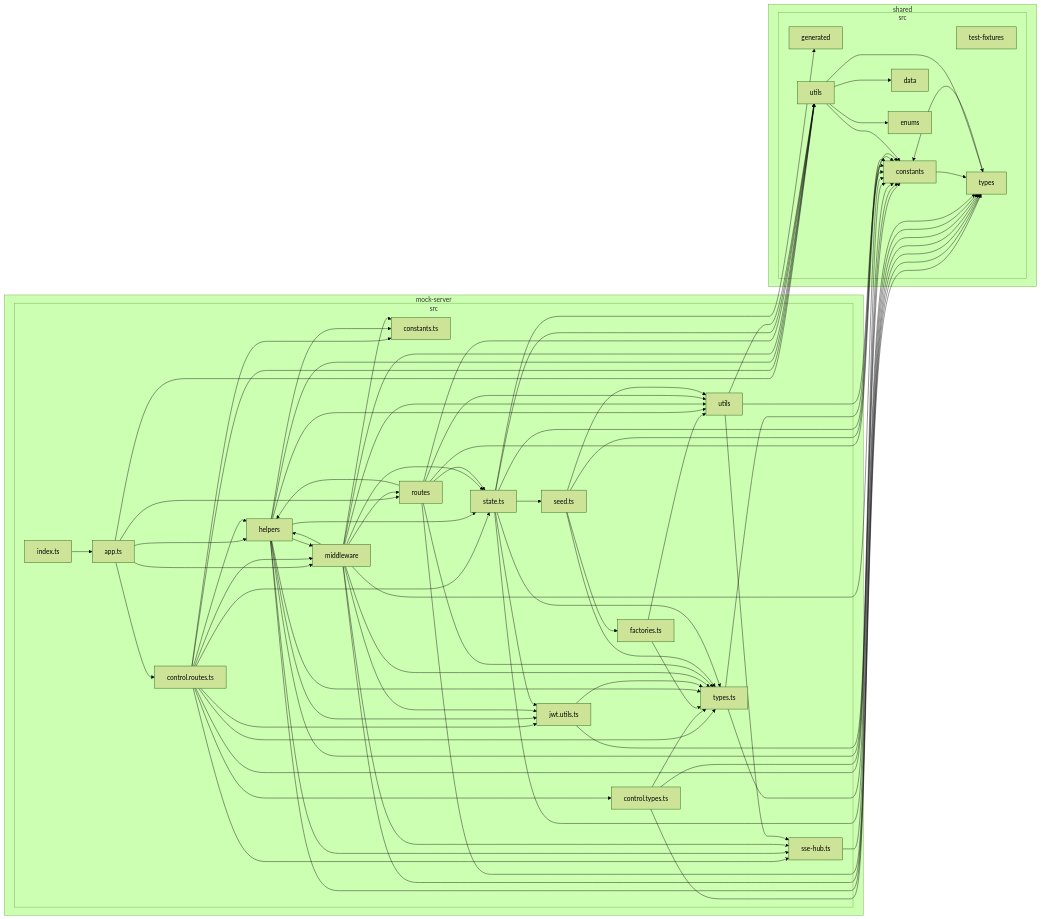
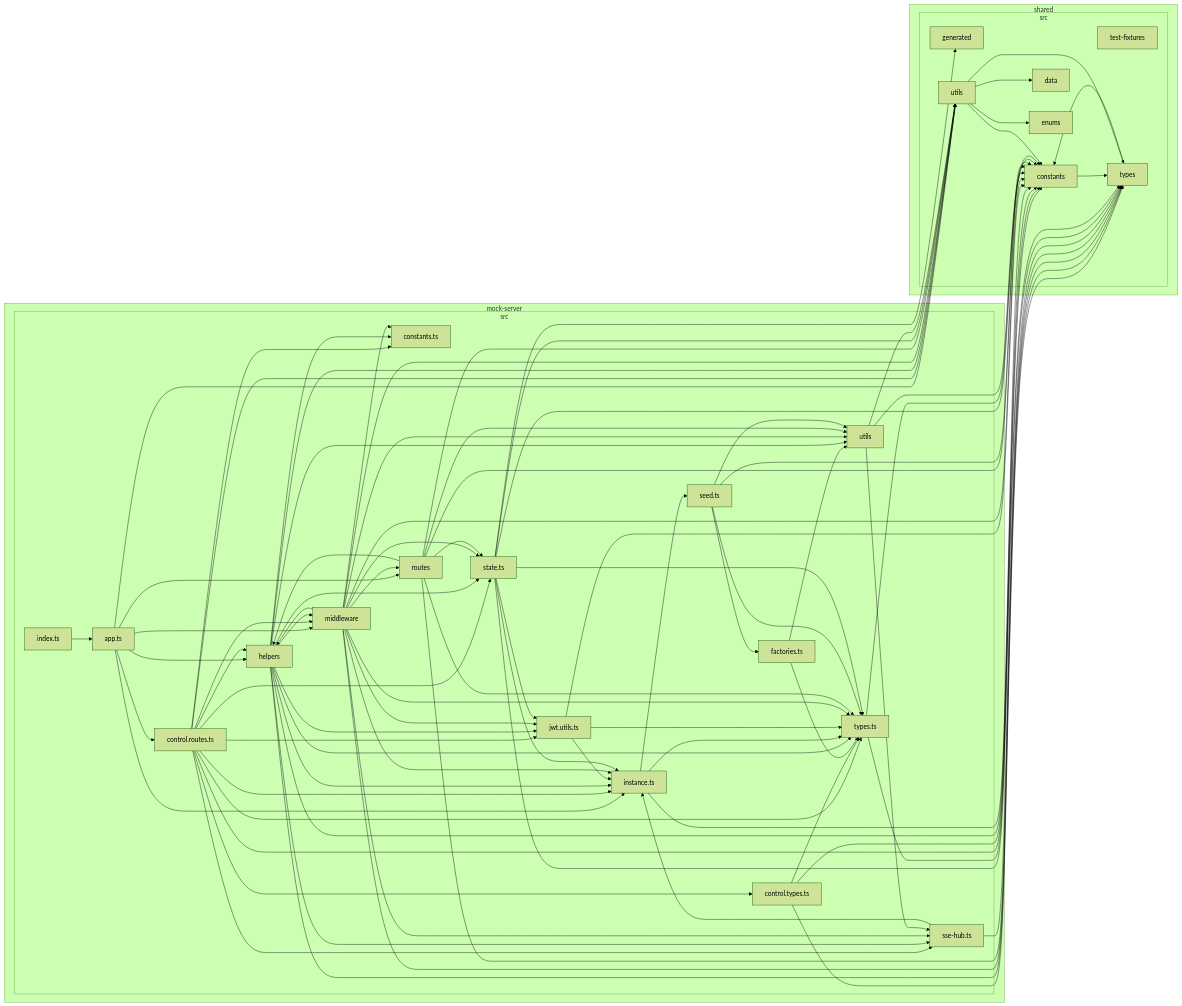
The fifth of 5 diagrams in architecture/dependency-graph.md (tauinbox/client-server-starter-app), drawn with Mermaid (forest theme) before and after one commit. The commit also changed 10 other files, not shown here.

````diff
--- a/architecture/dependency-graph.md
+++ b/architecture/dependency-graph.md
@@ -491,99 +491,109 @@
 6["factories.ts"]
 7["helpers"]
 8["index.ts"]
-9["jwt.utils.ts"]
-A["middleware"]
-B["routes"]
-C["seed.ts"]
-D["sse-hub.ts"]
-E["state.ts"]
-F["types.ts"]
-G["utils"]
+9["instance.ts"]
+A["jwt.utils.ts"]
+B["middleware"]
+C["routes"]
+D["seed.ts"]
+E["sse-hub.ts"]
+F["state.ts"]
+G["types.ts"]
+H["utils"]
 end
 end
-subgraph H["shared"]
-subgraph I["src"]
-J["constants"]
-K["data"]
-L["enums"]
-M["generated"]
-N["test-fixtures"]
-O["types"]
-P["utils"]
+subgraph I["shared"]
+subgraph J["src"]
+K["constants"]
+L["data"]
+M["enums"]
+N["generated"]
+O["test-fixtures"]
+P["types"]
+Q["utils"]
 end
 end
 2-->4
 2-->7
-2-->A
+2-->9
 2-->B
-2-->P
+2-->C
+2-->Q
 4-->3
 4-->5
 4-->7
 4-->9
 4-->A
-4-->D
+4-->B
 4-->E
 4-->F
-4-->J
-4-->P
-5-->F
-5-->J
-5-->O
-6-->F
+4-->G
+4-->K
+4-->Q
+5-->G
+5-->K
+5-->P
 6-->G
-7-->E
+6-->H
 7-->F
 7-->G
-7-->J
-7-->O
+7-->H
+7-->K
 7-->P
-7-->D
+7-->Q
+7-->E
+7-->A
+7-->3
 7-->9
-7-->3
-7-->A
+7-->B
 8-->2
-9-->F
-9-->J
-A-->7
-A-->D
-A-->E
-A-->F
+9-->D
+9-->G
+9-->K
+A-->9
 A-->G
-A-->J
-A-->O
-A-->P
-A-->B
-A-->3
-A-->9
+A-->K
 B-->7
 B-->E
 B-->F
 B-->G
-B-->J
-B-->O
+B-->H
+B-->K
 B-->P
-C-->6
+B-->Q
+B-->9
+B-->C
+B-->3
+B-->A
+C-->7
 C-->F
 C-->G
-C-->J
-D-->O
+C-->H
+C-->K
+C-->P
+C-->Q
+D-->6
+D-->G
+D-->H
+D-->K
 E-->9
-E-->C
-E-->F
-E-->J
-E-->M
-E-->O
 E-->P
-F-->J
-F-->O
-G-->J
+F-->9
+F-->A
+F-->G
+F-->K
+F-->N
+F-->P
+F-->Q
+G-->K
 G-->P
-G-->D
-J-->O
-O-->J
-P-->J
-P-->O
+H-->K
+H-->Q
+H-->E
+K-->P
 P-->K
-P-->L
+Q-->K
+Q-->P
+Q-->L
+Q-->M
 ```
````
